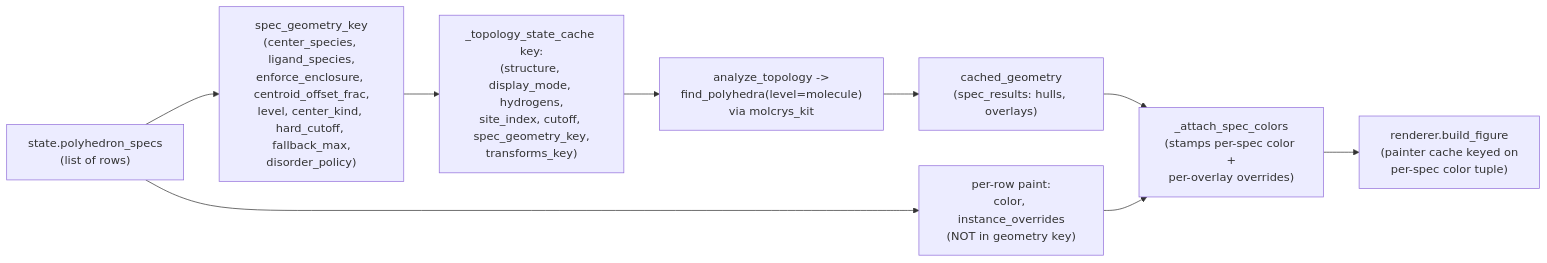
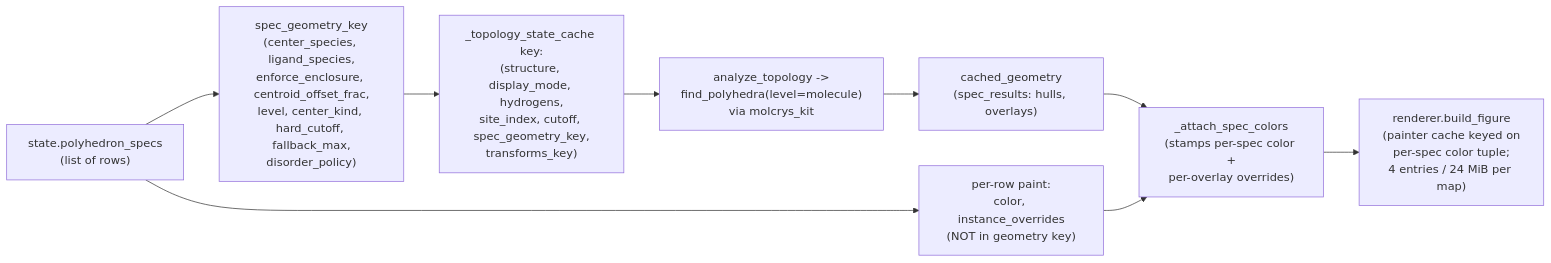
One commit to SchrodingersCattt/MatterVis changed the first of 2 diagrams in docs/agents/polyhedron_api.md. Above: the diagram before and after it, drawn with Mermaid. The commit also changed 18 other files, not shown here.

First line of the commit message:
fix: bound in-process render and figure cache memory

````diff
--- a/docs/agents/polyhedron_api.md
+++ b/docs/agents/polyhedron_api.md
@@ -43,11 +43,11 @@
 ```mermaid
 flowchart LR
   A["state.polyhedron_specs<br/>(list of rows)"] --> G["spec_geometry_key<br/>(center_species, ligand_species,<br/>enforce_enclosure, centroid_offset_frac,<br/>level, center_kind, hard_cutoff, fallback_max,<br/>disorder_policy)"]
   A --> P["per-row paint:<br/>color, instance_overrides<br/>(NOT in geometry key)"]
   G --> K["_topology_state_cache key:<br/>(structure, display_mode, hydrogens,<br/>site_index, cutoff, spec_geometry_key,<br/>transforms_key)"]
   K --> M["analyze_topology -><br/>find_polyhedra(level=molecule)<br/>via molcrys_kit"]
   M --> R["cached_geometry<br/>(spec_results: hulls, overlays)"]
   R --> S["_attach_spec_colors<br/>(stamps per-spec color +<br/>per-overlay overrides)"]
   P --> S
-  S --> F["renderer.build_figure<br/>(painter cache keyed on<br/>per-spec color tuple)"]
+  S --> F["renderer.build_figure<br/>(painter cache keyed on<br/>per-spec color tuple;<br/>4 entries / 24 MiB per map)"]
 ```
````
